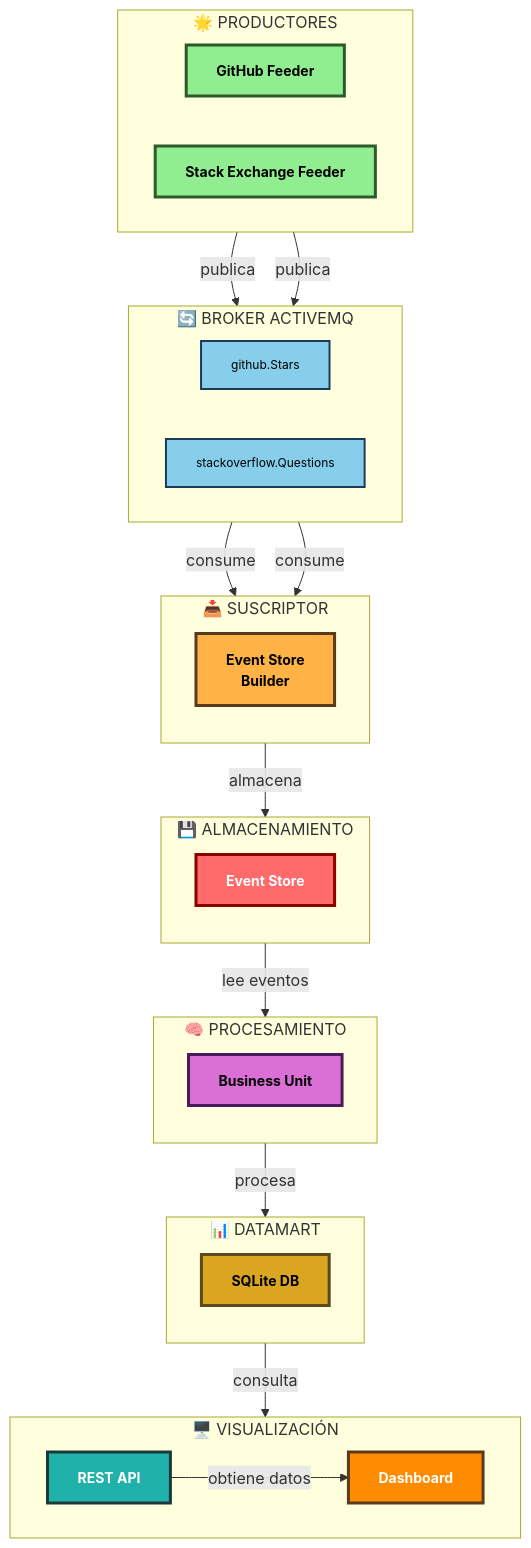
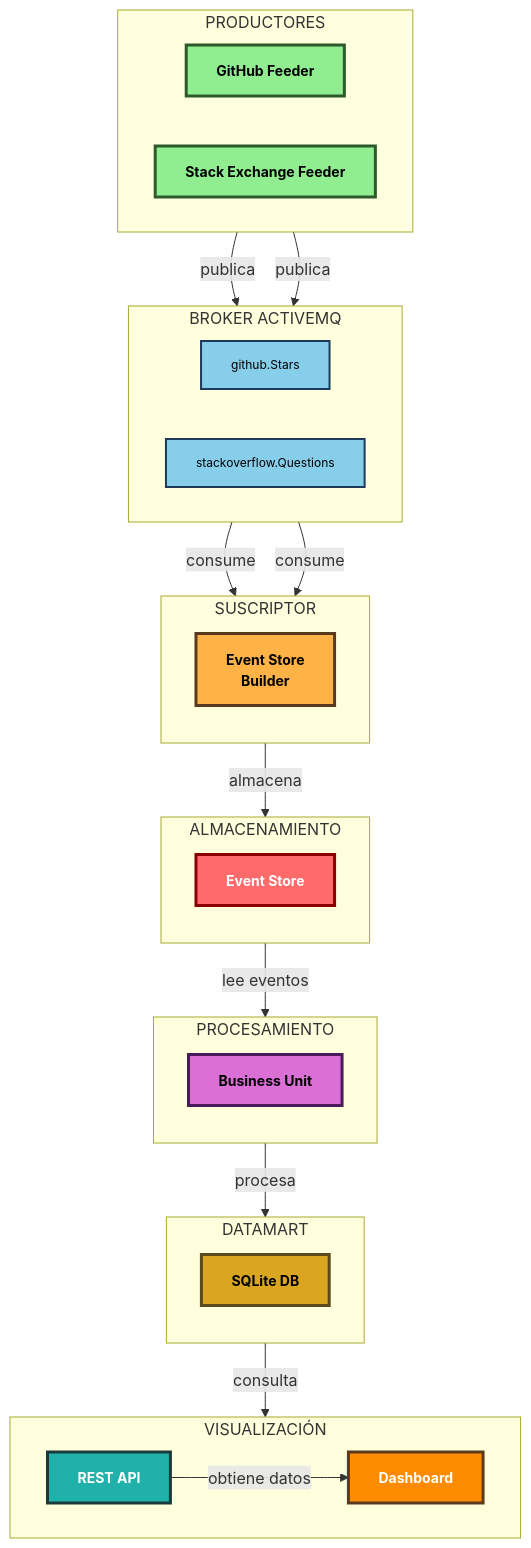
Before and after one commit to TechnoRadar/techno-radar: the first of 5 diagrams in README.md, drawn with Mermaid.

````diff
--- a/README.md
+++ b/README.md
@@ -73,59 +73,59 @@
 ```mermaid
 graph TB
-    subgraph Prod["🌟 PRODUCTORES"]
+    subgraph Prod[" PRODUCTORES"]
         direction LR
         GH["GitHub Feeder"]:::feeder
         SE["Stack Exchange Feeder"]:::feeder
     end
     
-    subgraph Broker["🔄 BROKER ACTIVEMQ"]
+    subgraph Broker[" BROKER ACTIVEMQ"]
         direction LR
         T1["github.Stars"]:::topic
         T2["stackoverflow.Questions"]:::topic
     end
     
-    subgraph Sub["📥 SUSCRIPTOR"]
+    subgraph Sub[" SUSCRIPTOR"]
         direction TB
         ESB["Event Store<br/>Builder"]:::subscriber
     end
     
-    subgraph Store["💾 ALMACENAMIENTO"]
+    subgraph Store[" ALMACENAMIENTO"]
         direction TB
         ES["Event Store"]:::storage
     end
     
-    subgraph Proc["🧠 PROCESAMIENTO"]
+    subgraph Proc[" PROCESAMIENTO"]
         direction TB
         BU["Business Unit"]:::processor
     end
     
-    subgraph DM["📊 DATAMART"]
+    subgraph DM[" DATAMART"]
         direction TB
         DB["SQLite DB"]:::datamart
     end
     
-    subgraph Viz["🖥️ VISUALIZACIÓN"]
+    subgraph Viz[" VISUALIZACIÓN"]
         direction LR
         API["REST API"]:::api
         DASH["Dashboard"]:::dashboard
     end
     
     GH -->|publica| T1
     SE -->|publica| T2
     T1 -->|consume| ESB
     T2 -->|consume| ESB
     ESB -->|almacena| ES
     ES -->|lee eventos| BU
     BU -->|procesa| DB
     DB -->|consulta| API
     API -->|obtiene datos| DASH
     
     classDef feeder fill:#90EE90,stroke:#2d5a2d,stroke-width:3px,color:#000,font-size:14px,font-weight:bold
     classDef topic fill:#87CEEB,stroke:#1e3a5a,stroke-width:2px,color:#000,font-size:12px
     classDef subscriber fill:#FFB347,stroke:#5a3a1e,stroke-width:3px,color:#000,font-size:14px,font-weight:bold
     classDef storage fill:#FF6B6B,stroke:#8b0000,stroke-width:3px,color:#fff,font-size:14px,font-weight:bold
     classDef processor fill:#DA70D6,stroke:#4a1a5a,stroke-width:3px,color:#000,font-size:14px,font-weight:bold
     classDef datamart fill:#DAA520,stroke:#5a4a1e,stroke-width:3px,color:#000,font-size:14px,font-weight:bold
     classDef api fill:#20B2AA,stroke:#1a3a3a,stroke-width:3px,color:#fff,font-size:14px,font-weight:bold
     classDef dashboard fill:#FF8C00,stroke:#5a3a1e,stroke-width:3px,color:#fff,font-size:14px,font-weight:bold
 ```
````
